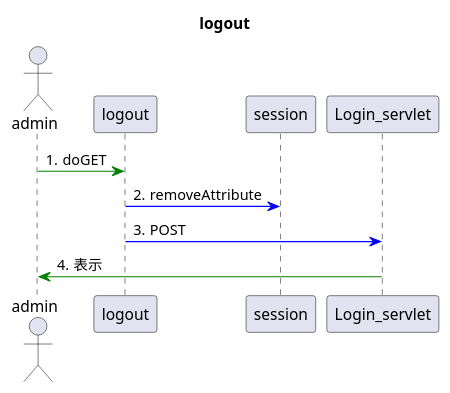
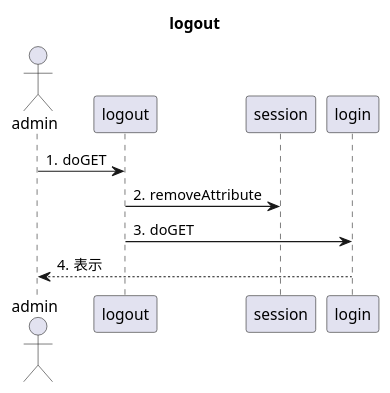
The diagram in uml_detail/seq_logout.pu (toufu66/ProjectC), drawn with PlantUML before and after one commit.

Commit message:
シーケンス図（ログアウト）

```diff
--- a/uml_detail/seq_logout.pu
+++ b/uml_detail/seq_logout.pu
@@ -1,17 +1,17 @@
 @startuml
 
 title logout
 
 autonumber "#."
 
 actor admin
 participant logout
 
 participant session
-admin -[#green]> logout:doGET
-logout-[#blue]> session:removeAttribute
-logout-[#blue]> Login_servlet:POST
-Login_servlet-[#green]> admin:表示
+admin -> logout:doGET
+logout-> session:removeAttribute
+logout->login:doGET
+login--> admin:表示
 
 
 @enduml
```
